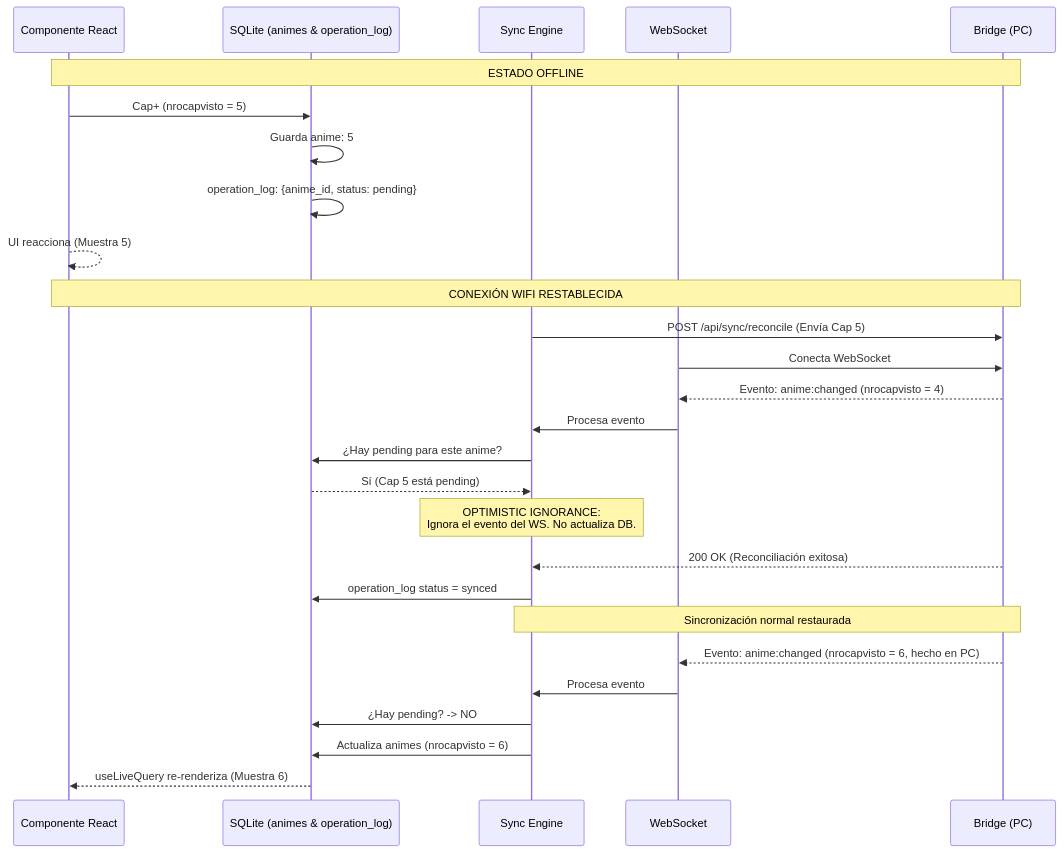
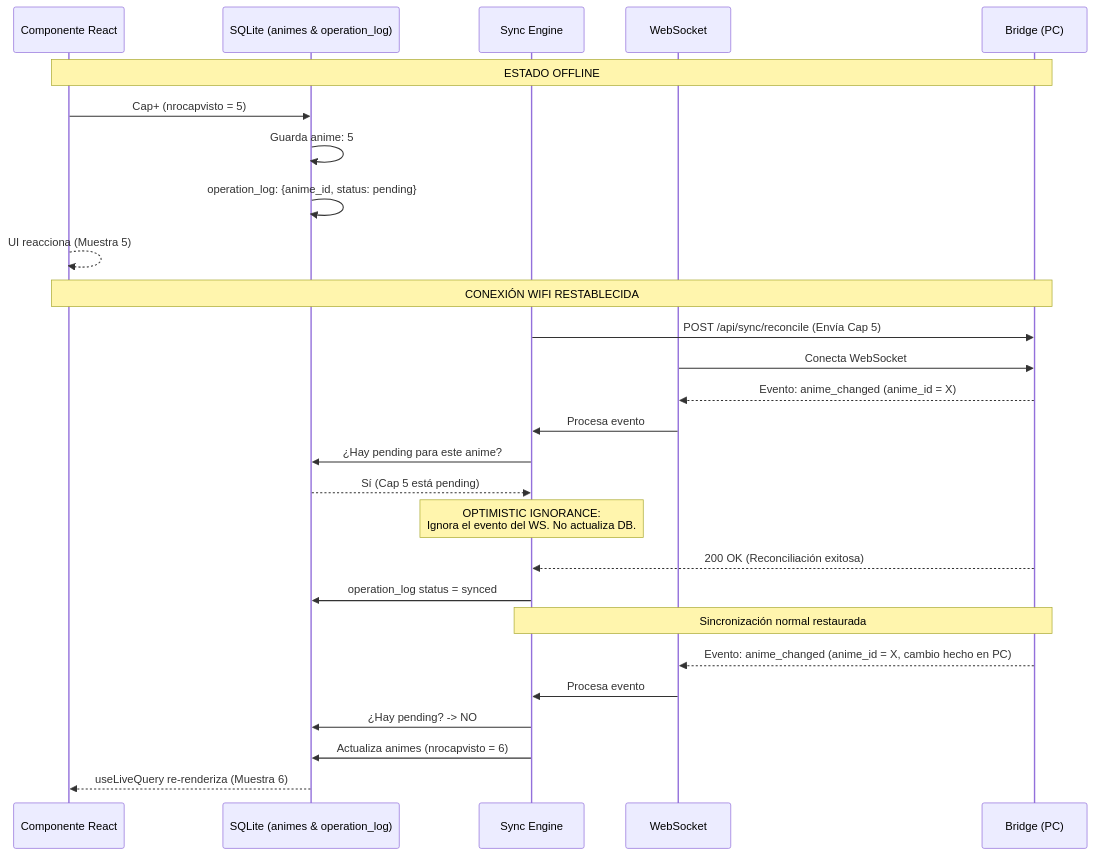
Before and after one commit to Disble/autoreas-mobile: the second of 2 diagrams in docs/Arquitectura.md, drawn with Mermaid. The commit also changed other lines of this file and 6 other files, not shown here.

````diff
--- a/docs/Arquitectura.md
+++ b/docs/Arquitectura.md
@@ -136,35 +136,35 @@
 ```mermaid
 sequenceDiagram
     participant UI as Componente React
     participant DB as SQLite (animes & operation_log)
     participant SYNC as Sync Engine
     participant WS as WebSocket
     participant B as Bridge (PC)
 
     Note over UI,B: ESTADO OFFLINE
     UI->>DB: Cap+ (nrocapvisto = 5)
     DB->>DB: Guarda anime: 5
     DB->>DB: operation_log: {anime_id, status: pending}
     UI-->>UI: UI reacciona (Muestra 5)
 
     Note over UI,B: CONEXIÓN WIFI RESTABLECIDA
     SYNC->>B: POST /api/sync/reconcile (Envía Cap 5)
     WS->>B: Conecta WebSocket
     
-    B-->>WS: Evento: anime:changed (nrocapvisto = 4)
+    B-->>WS: Evento: anime_changed (anime_id = X)
     WS->>SYNC: Procesa evento
     
     SYNC->>DB: ¿Hay pending para este anime?
     DB-->>SYNC: Sí (Cap 5 está pending)
     Note over SYNC: OPTIMISTIC IGNORANCE:<br/>Ignora el evento del WS. No actualiza DB.
     
     B-->>SYNC: 200 OK (Reconciliación exitosa)
     SYNC->>DB: operation_log status = synced
     
     Note over SYNC,B: Sincronización normal restaurada
-    B-->>WS: Evento: anime:changed (nrocapvisto = 6, hecho en PC)
+    B-->>WS: Evento: anime_changed (anime_id = X, cambio hecho en PC)
     WS->>SYNC: Procesa evento
     SYNC->>DB: ¿Hay pending? -> NO
     SYNC->>DB: Actualiza animes (nrocapvisto = 6)
     DB-->>UI: useLiveQuery re-renderiza (Muestra 6)
 ```
````
